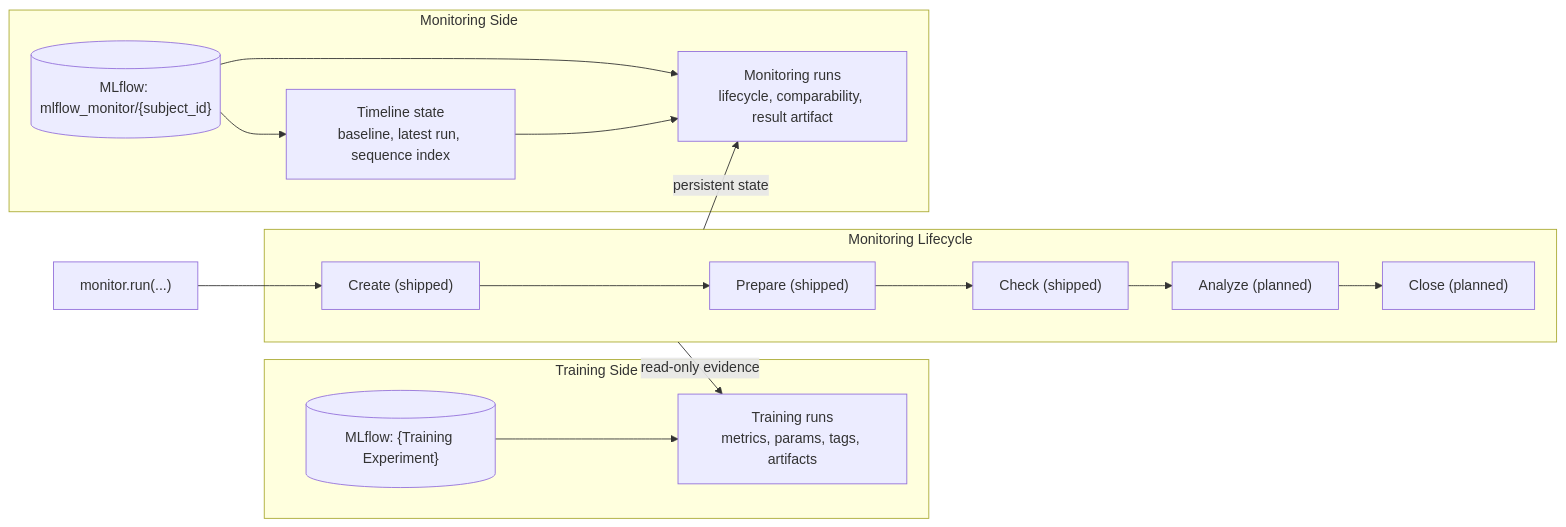
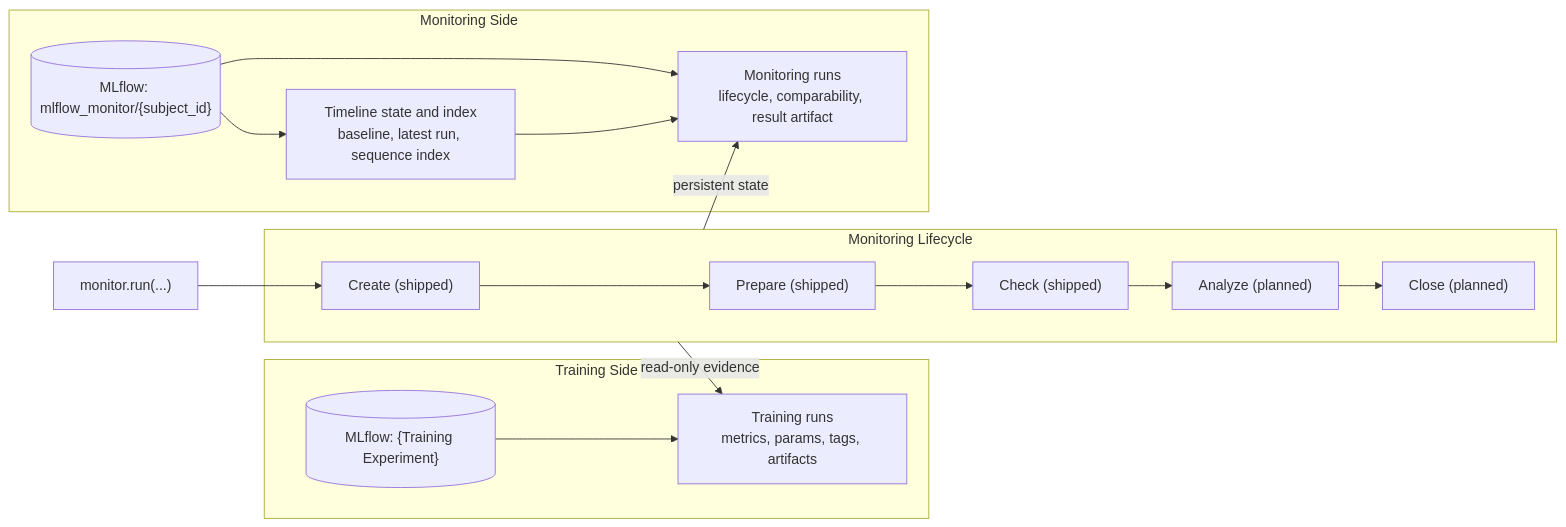
Before and after one commit to shizheng-rlfresh/mlflow-monitor: the diagram in docs/site/source/architecture.md, drawn with Mermaid. The commit also changed other lines of this file and 3 other files, not shown here.

````diff
--- a/docs/site/source/architecture.md
+++ b/docs/site/source/architecture.md
@@ -7,27 +7,27 @@
 ```mermaid
 flowchart LR
     PythonAPI["monitor.run(...)"]
     PythonAPI --> Create
 
     subgraph Training["Training Side"]
         TrainExp[("MLflow: {Training Experiment}")]
         TrainRuns["Training runs\nmetrics, params, tags, artifacts"]
     end
 
     subgraph Workflow["Monitoring Lifecycle"]
         Create["Create (shipped)"] --> Prepare["Prepare (shipped)"] --> Check["Check (shipped)"] --> Analyze["Analyze (planned)"] --> Close["Close (planned)"]
     end
 
     subgraph Monitoring["Monitoring Side"]
         MonExp[("MLflow: mlflow_monitor/{subject_id}")]
-        Timeline["Timeline state\nbaseline, latest run, sequence index"]
+        Timeline["Timeline state and index\nbaseline, latest run, sequence index"]
         MonRuns["Monitoring runs\nlifecycle, comparability, result artifact"]
     end
 
     Workflow -->|read-only evidence| TrainRuns
     Workflow -->|persistent state| MonRuns
     TrainExp --> TrainRuns
     MonExp --> Timeline
     MonExp --> MonRuns
     Timeline --> MonRuns
 ```
````
